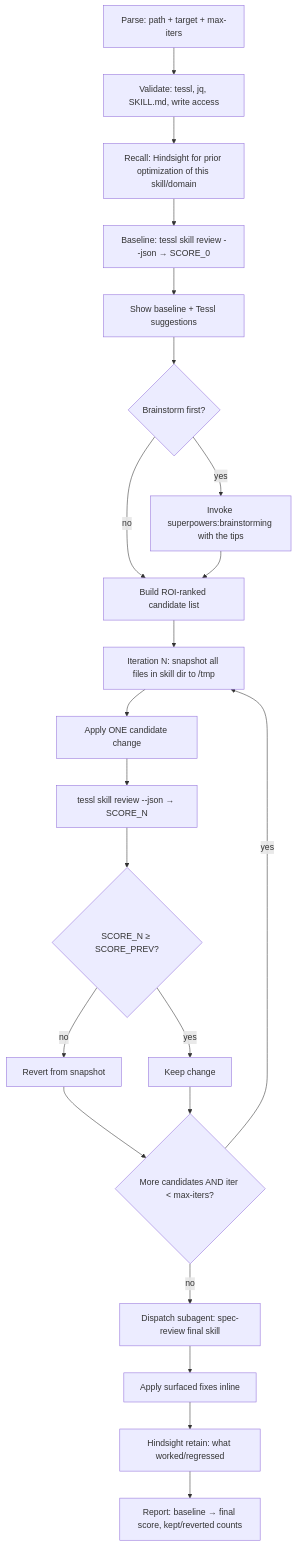
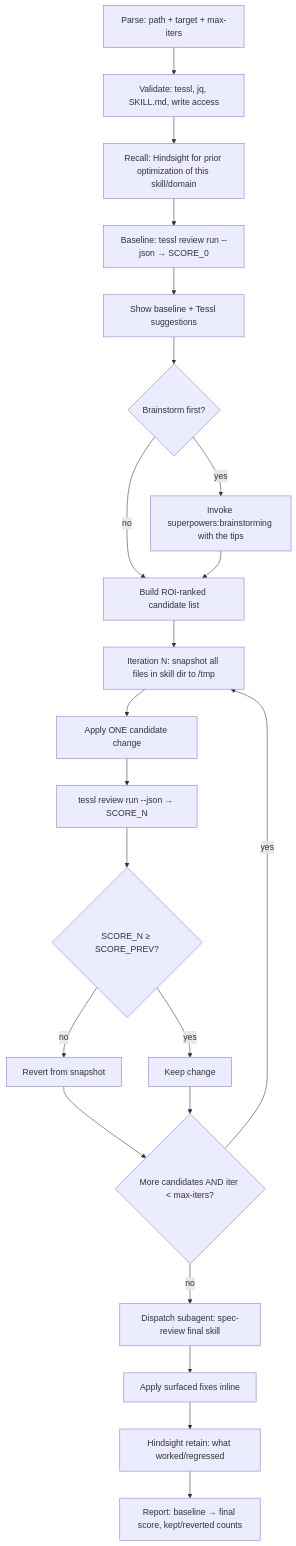
Before and after one commit to AndreJorgeLopes/proof-of-skill: the diagram in skills/optimize-skill/SKILL.md, drawn with Mermaid. The commit also changed other lines of this file and 1 other file, not shown here.

First line of the commit message:
fix(skills): rename deprecated tessl skill review -> tessl review run + add login precheck

````diff
--- a/skills/optimize-skill/SKILL.md
+++ b/skills/optimize-skill/SKILL.md
@@ -31,24 +31,24 @@
 ```mermaid
 flowchart TD
     A[Parse: path + target + max-iters] --> B[Validate: tessl, jq, SKILL.md, write access]
     B --> C[Recall: Hindsight for prior optimization of this skill/domain]
-    C --> D[Baseline: tessl skill review --json → SCORE_0]
+    C --> D[Baseline: tessl review run --json → SCORE_0]
     D --> E[Show baseline + Tessl suggestions]
     E --> F{Brainstorm first?}
     F -->|yes| G[Invoke superpowers:brainstorming with the tips]
     F -->|no| H[Build ROI-ranked candidate list]
     G --> H
     H --> I[Iteration N: snapshot all files in skill dir to /tmp]
     I --> J[Apply ONE candidate change]
-    J --> K[tessl skill review --json → SCORE_N]
+    J --> K[tessl review run --json → SCORE_N]
     K --> L{SCORE_N ≥ SCORE_PREV?}
     L -->|no| M[Revert from snapshot]
     L -->|yes| N[Keep change]
     M --> O{More candidates AND iter < max-iters?}
     N --> O
     O -->|yes| I
     O -->|no| P[Dispatch subagent: spec-review final skill]
     P --> Q[Apply surfaced fixes inline]
     Q --> R[Hindsight retain: what worked/regressed]
     R --> S[Report: baseline → final score, kept/reverted counts]
 ```
````
